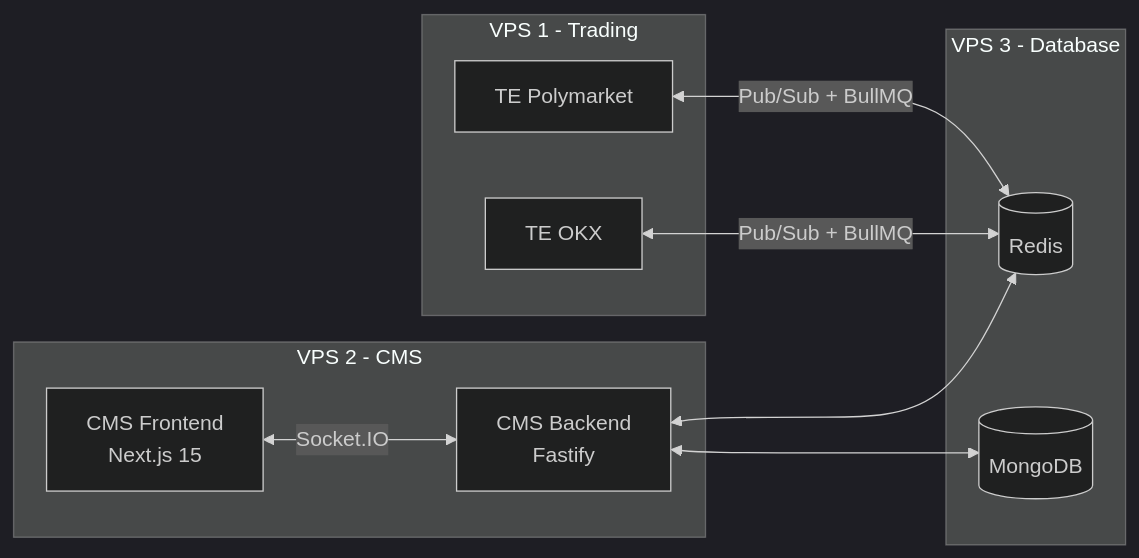
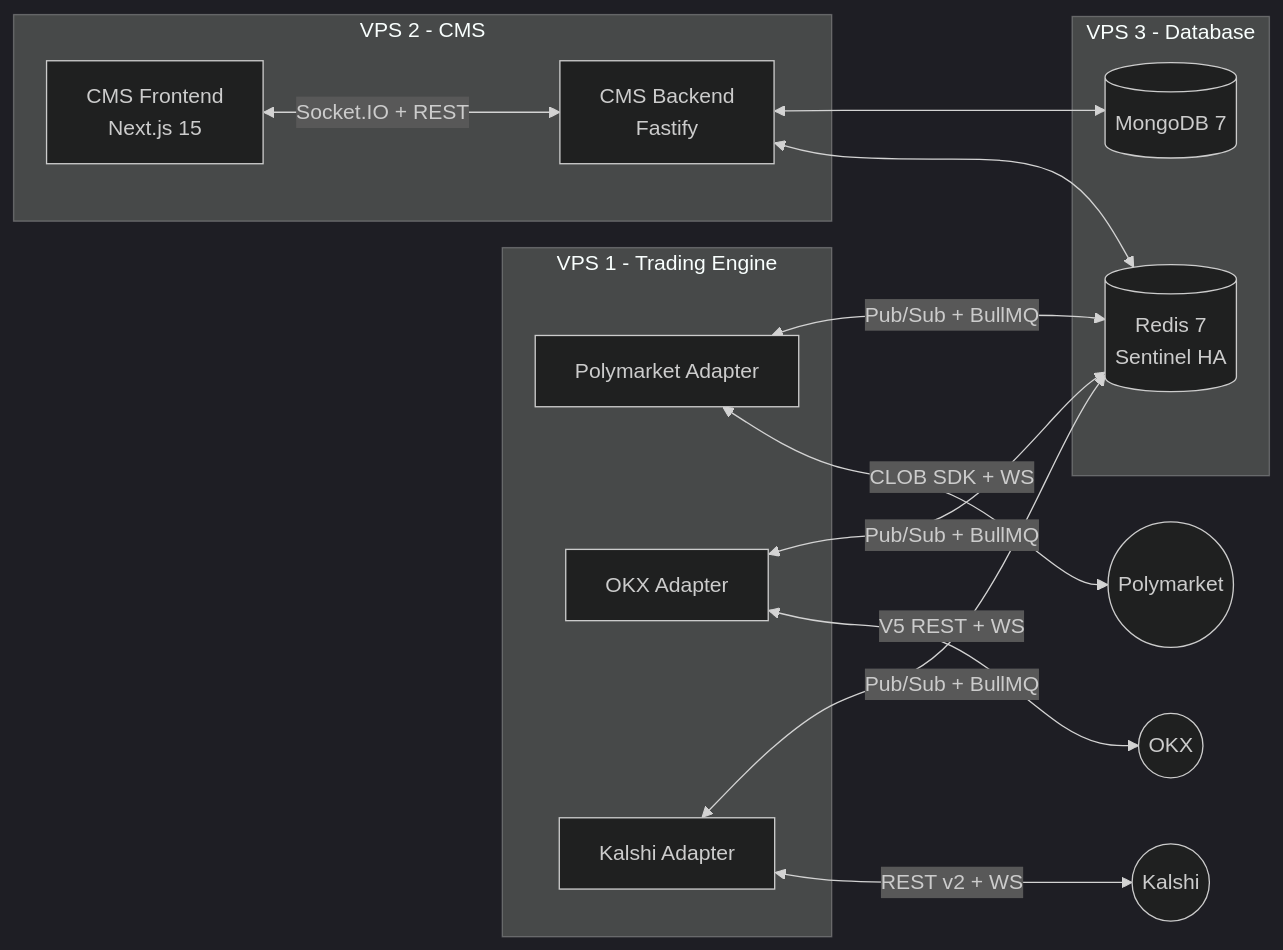
One commit to PolyVN/trading-bot-platform changed the diagram in README.md. Above: the diagram before and after it, drawn with Mermaid (dark theme). The commit also changed other lines of this file and 3 other files, not shown here.

````diff
--- a/README.md
+++ b/README.md
@@ -5,21 +5,25 @@
 ```mermaid
 graph LR
-  subgraph VPS1[VPS 1 - Trading]
-    TE_PM[TE Polymarket]
-    TE_OKX[TE OKX]
+  subgraph VPS1[VPS 1 - Trading Engine]
+    TE_PM[Polymarket Adapter]
+    TE_OKX[OKX Adapter]
+    TE_KAL[Kalshi Adapter]
   end
   subgraph VPS2[VPS 2 - CMS]
     BE[CMS Backend<br/>Fastify]
     FE[CMS Frontend<br/>Next.js 15]
   end
   subgraph VPS3[VPS 3 - Database]
-    Redis[(Redis)]
-    Mongo[(MongoDB)]
+    Redis[(Redis 7<br/>Sentinel HA)]
+    Mongo[(MongoDB 7)]
   end
 
-  TE_PM <-->|Pub/Sub + BullMQ| Redis
-  TE_OKX <-->|Pub/Sub + BullMQ| Redis
+  TE_PM <-->|"CLOB SDK + WS"| PMX((Polymarket))
+  TE_OKX <-->|"V5 REST + WS"| OKXX((OKX))
+  TE_KAL <-->|"REST v2 + WS"| KALX((Kalshi))
+
+  TE_PM & TE_OKX & TE_KAL <-->|Pub/Sub + BullMQ| Redis
   BE <--> Redis
   BE <--> Mongo
-  FE <-->|Socket.IO| BE
+  FE <-->|Socket.IO + REST| BE
 ```
````
